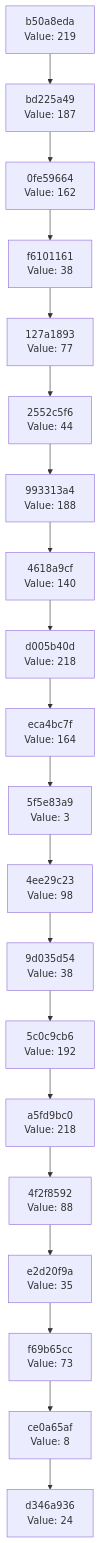
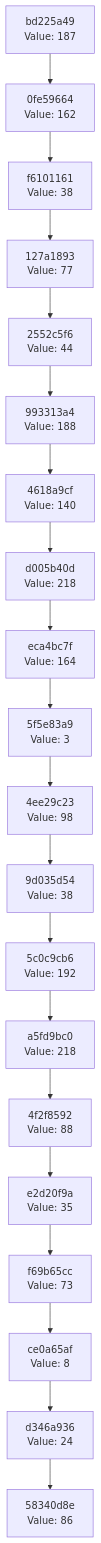
The diagram in docs/CHAIN_VISUALIZATION.md (Abhisheksinha1506/hash-chain-evolver), drawn with Mermaid before and after one commit. The commit also changed 2 other files, not shown here.

Commit message:
Evolution step: hash 0x56 → action executed

````diff
--- a/docs/CHAIN_VISUALIZATION.md
+++ b/docs/CHAIN_VISUALIZATION.md
@@ -3,42 +3,42 @@
 ```mermaid
 graph TD
-    C0["d346a936<br/>Value: 24"]
-    C1["ce0a65af<br/>Value: 8"]
+    C0["58340d8e<br/>Value: 86"]
+    C1["d346a936<br/>Value: 24"]
     C1 --> C0
-    C2["f69b65cc<br/>Value: 73"]
+    C2["ce0a65af<br/>Value: 8"]
     C2 --> C1
-    C3["e2d20f9a<br/>Value: 35"]
+    C3["f69b65cc<br/>Value: 73"]
     C3 --> C2
-    C4["4f2f8592<br/>Value: 88"]
+    C4["e2d20f9a<br/>Value: 35"]
     C4 --> C3
-    C5["a5fd9bc0<br/>Value: 218"]
+    C5["4f2f8592<br/>Value: 88"]
     C5 --> C4
-    C6["5c0c9cb6<br/>Value: 192"]
+    C6["a5fd9bc0<br/>Value: 218"]
     C6 --> C5
-    C7["9d035d54<br/>Value: 38"]
+    C7["5c0c9cb6<br/>Value: 192"]
     C7 --> C6
-    C8["4ee29c23<br/>Value: 98"]
+    C8["9d035d54<br/>Value: 38"]
     C8 --> C7
-    C9["5f5e83a9<br/>Value: 3"]
+    C9["4ee29c23<br/>Value: 98"]
     C9 --> C8
-    C10["eca4bc7f<br/>Value: 164"]
+    C10["5f5e83a9<br/>Value: 3"]
     C10 --> C9
-    C11["d005b40d<br/>Value: 218"]
+    C11["eca4bc7f<br/>Value: 164"]
     C11 --> C10
-    C12["4618a9cf<br/>Value: 140"]
+    C12["d005b40d<br/>Value: 218"]
     C12 --> C11
-    C13["993313a4<br/>Value: 188"]
+    C13["4618a9cf<br/>Value: 140"]
     C13 --> C12
-    C14["2552c5f6<br/>Value: 44"]
+    C14["993313a4<br/>Value: 188"]
     C14 --> C13
-    C15["127a1893<br/>Value: 77"]
+    C15["2552c5f6<br/>Value: 44"]
     C15 --> C14
-    C16["f6101161<br/>Value: 38"]
+    C16["127a1893<br/>Value: 77"]
     C16 --> C15
-    C17["0fe59664<br/>Value: 162"]
+    C17["f6101161<br/>Value: 38"]
     C17 --> C16
-    C18["bd225a49<br/>Value: 187"]
+    C18["0fe59664<br/>Value: 162"]
     C18 --> C17
-    C19["b50a8eda<br/>Value: 219"]
+    C19["bd225a49<br/>Value: 187"]
     C19 --> C18
 ```
````
